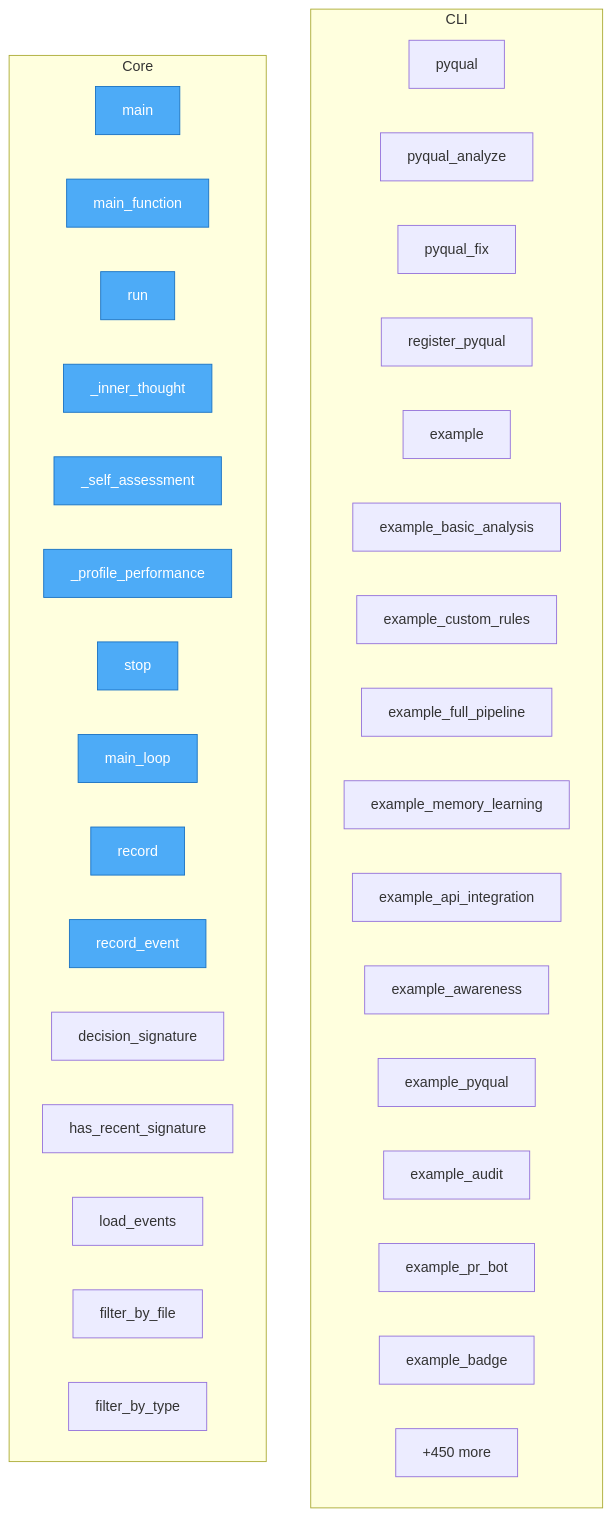
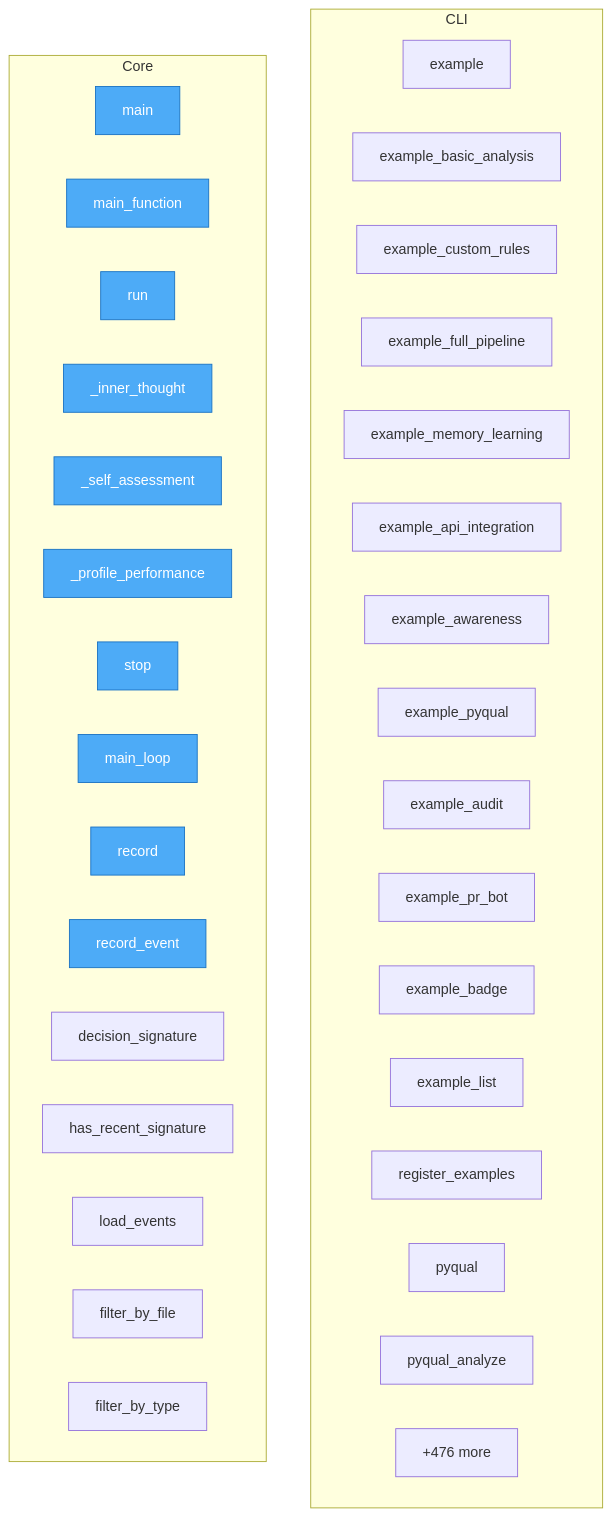
Before and after one commit to semcod/redsl: the diagram in project/flow.mmd, drawn with Mermaid. The commit also changed 32 other files, not shown here.

```diff
--- a/project/flow.mmd
+++ b/project/flow.mmd
@@ -1,44 +1,44 @@
 flowchart TD
 
     %% Entry points (blue)
     classDef entry fill:#4dabf7,stroke:#1971c2,color:#fff
 
     subgraph CLI
-        redsl__cli__pyqual__pyqual["pyqual"]
-        redsl__cli__pyqual__pyqual_analyze["pyqual_analyze"]
-        redsl__cli__pyqual__pyqual_fix["pyqual_fix"]
-        redsl__cli__pyqual__register_pyqual["register_pyqual"]
         redsl__cli__examples__example["example"]
         redsl__cli__examples__example_basic_analysis["example_basic_analysis"]
         redsl__cli__examples__example_custom_rules["example_custom_rules"]
         redsl__cli__examples__example_full_pipeline["example_full_pipeline"]
         redsl__cli__examples__example_memory_learning["example_memory_learning"]
         redsl__cli__examples__example_api_integration["example_api_integration"]
         redsl__cli__examples__example_awareness["example_awareness"]
         redsl__cli__examples__example_pyqual["example_pyqual"]
         redsl__cli__examples__example_audit["example_audit"]
         redsl__cli__examples__example_pr_bot["example_pr_bot"]
         redsl__cli__examples__example_badge["example_badge"]
-        ...["+30 more"]
+        redsl__cli__examples__example_list["example_list"]
+        redsl__cli__examples__register_examples["register_examples"]
+        redsl__cli__pyqual__pyqual["pyqual"]
+        redsl__cli__pyqual__pyqual_analyze["pyqual_analyze"]
+        ...["+34 more"]
     end
 
     subgraph Core
         N___goal__pre_commit_hook__main["main"]
         refactor_output__refactor_extract_functions_20260407_143102__00_app__models__main_function["main_function"]
         redsl__consciousness_loop__ConsciousnessLoop__run["run"]
         redsl__consciousness_loop__ConsciousnessLoop___inner_thought["_inner_thought"]
         redsl__consciousness_loop__ConsciousnessLoop___self_assessment["_self_assessment"]
         redsl__consciousness_loop__ConsciousnessLoop___profile_performance["_profile_performance"]
         redsl__consciousness_loop__ConsciousnessLoop__stop["stop"]
         redsl__consciousness_loop__main_loop["main_loop"]
         redsl__history__HistoryWriter__record["record"]
         redsl__history__HistoryWriter__record_event["record_event"]
         redsl__history__HistoryWriter__decision_signature["decision_signature"]
         redsl__history__HistoryWriter__has_recent_signature["has_recent_signature"]
         redsl__history__HistoryReader__load_events["load_events"]
         redsl__history__HistoryReader__filter_by_file["filter_by_file"]
         redsl__history__HistoryReader__filter_by_type["filter_by_type"]
-        ...["+450 more"]
+        ...["+476 more"]
     end
 
     class N___goal__pre_commit_hook__main,refactor_output__refactor_extract_functions_20260407_143102__00_app__models__main_function,redsl__consciousness_loop__ConsciousnessLoop__run,redsl__consciousness_loop__ConsciousnessLoop___inner_thought,redsl__consciousness_loop__ConsciousnessLoop___self_assessment,redsl__consciousness_loop__ConsciousnessLoop___profile_performance,redsl__consciousness_loop__ConsciousnessLoop__stop,redsl__consciousness_loop__main_loop,redsl__history__HistoryWriter__record,redsl__history__HistoryWriter__record_event entry
```
